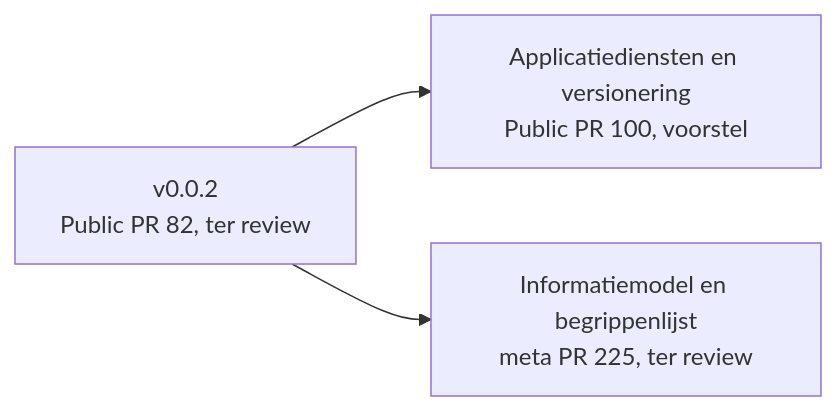
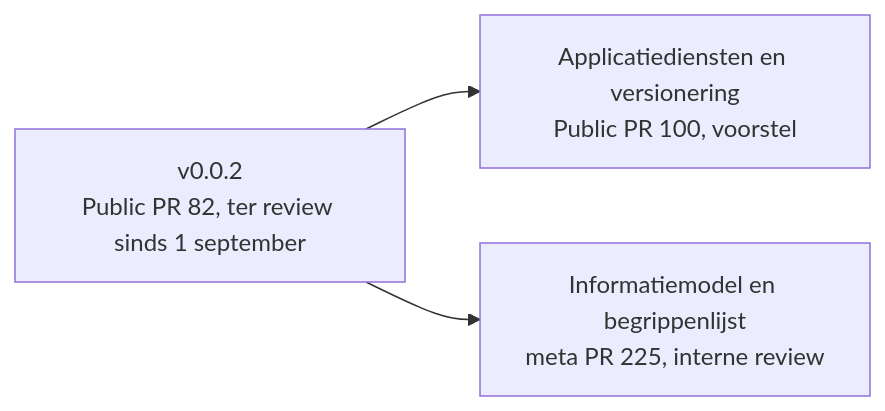
One commit to Npuls-OKx/meta changed the first of 2 diagrams in presentaties/src/260915_kerngroep_techniek.md. Above: the diagram before and after it, drawn with Mermaid. The commit also changed other lines of this file and 3 other files, not shown here.

````diff
--- a/presentaties/src/260915_kerngroep_techniek.md
+++ b/presentaties/src/260915_kerngroep_techniek.md
@@ -40,5 +41,5 @@
 ```mermaid
 flowchart LR
-  A["v0.0.2<br/>Public PR 82, ter review"] --> B["Applicatiediensten en versionering<br/>Public PR 100, voorstel"]
-  A --> C["Informatiemodel en begrippenlijst<br/>meta PR 225, ter review"]
+  A["v0.0.2<br/>Public PR 82, ter review sinds 1 september"] --> B["Applicatiediensten en versionering<br/>Public PR 100, voorstel"]
+  A --> C["Informatiemodel en begrippenlijst<br/>meta PR 225, interne review"]
 ```
````
